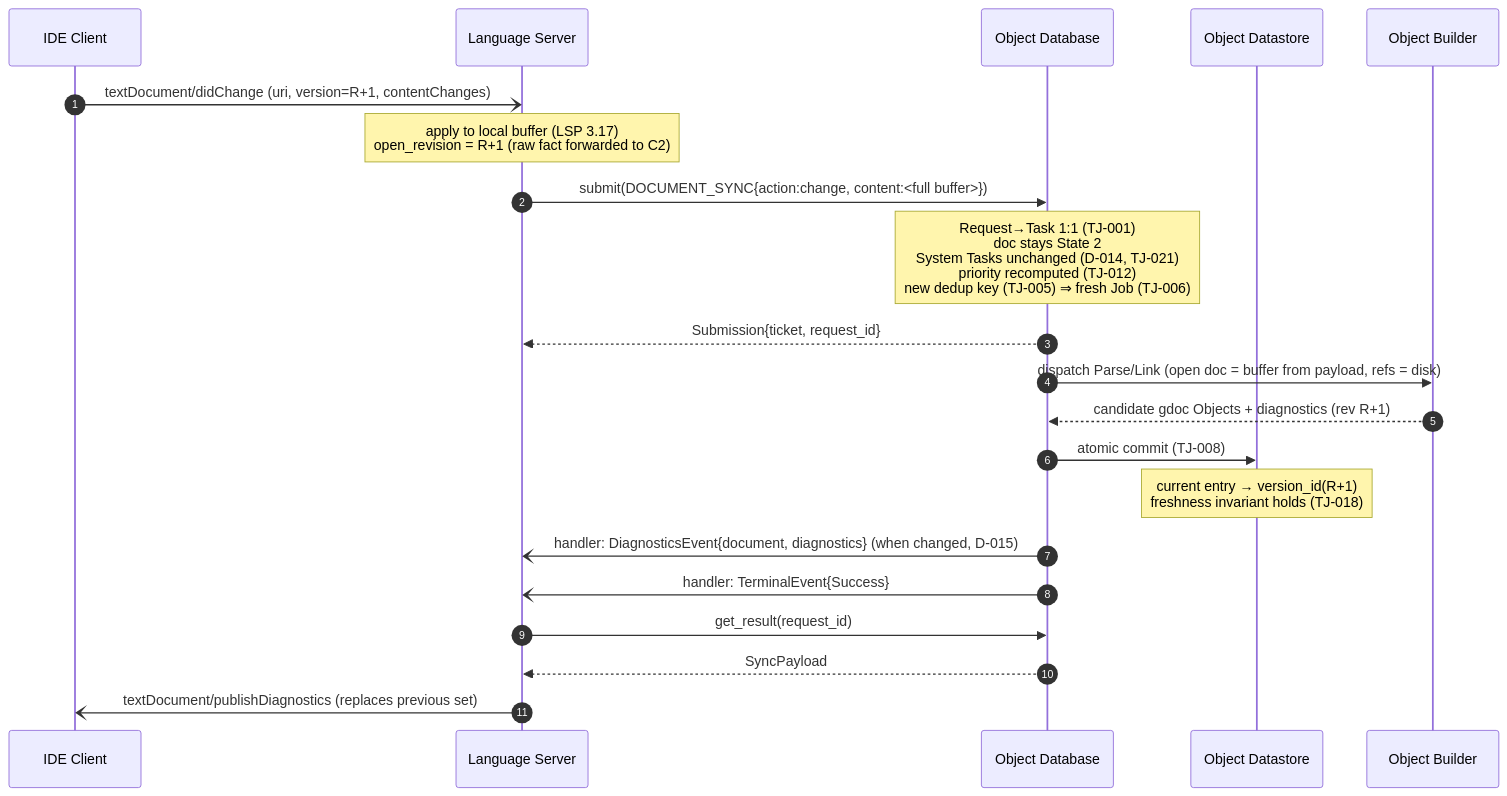
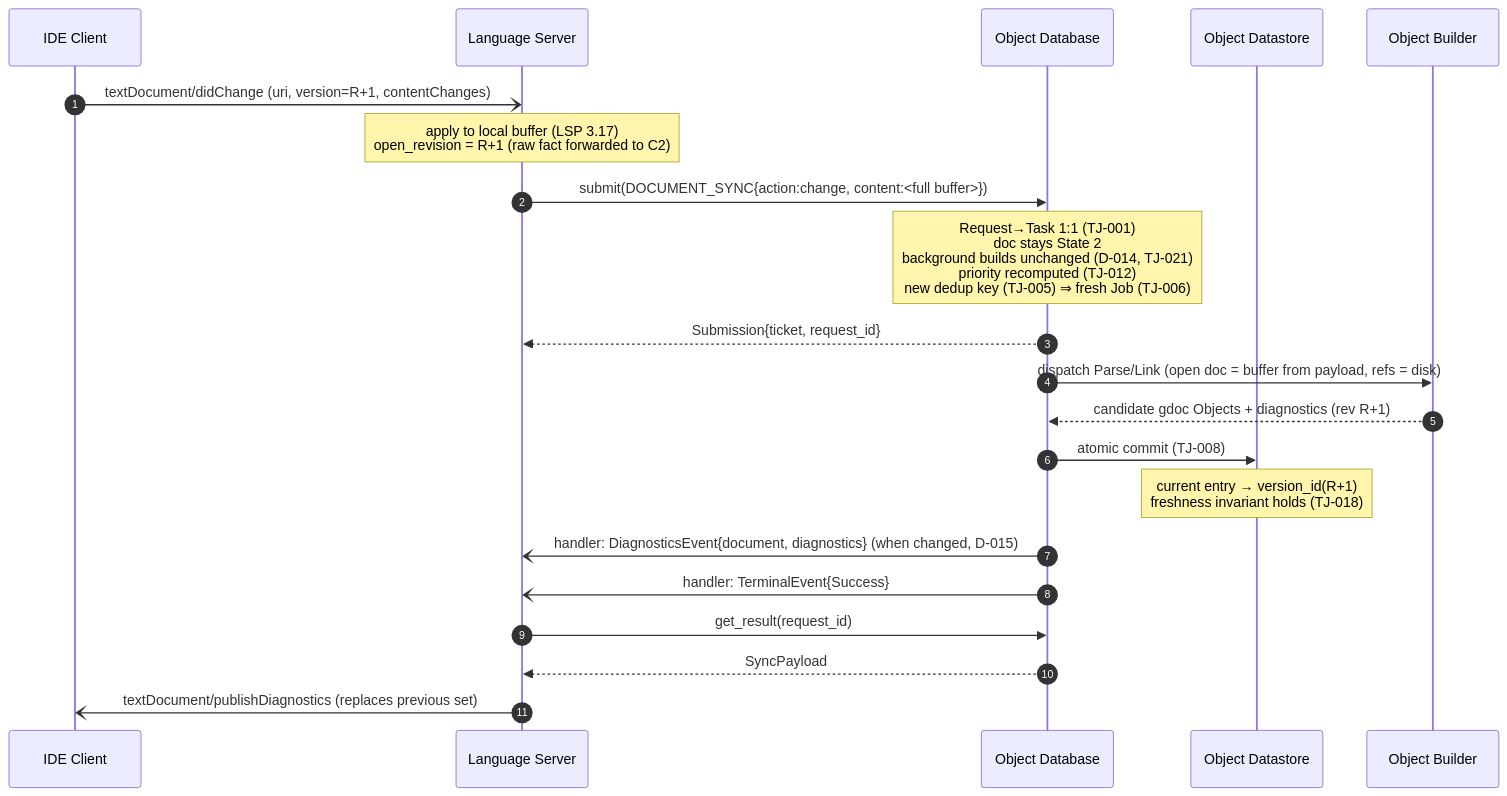
Before and after one commit to tyskdm/gdoc: the diagram in docs/architecture/gdocServer/usecases/UC-003_EditText.md, drawn with Mermaid. The commit also changed other lines of this file and 10 other files, not shown here.

````diff
--- a/docs/architecture/gdocServer/usecases/UC-003_EditText.md
+++ b/docs/architecture/gdocServer/usecases/UC-003_EditText.md
@@ -200,24 +200,24 @@
 ```mermaid
 sequenceDiagram
     autonumber
     participant IDE as IDE Client
     participant C1 as Language Server
     participant C2 as Object Database
     participant C3 as Object Datastore
     participant C4 as Object Builder
 
     IDE-)C1: textDocument/didChange (uri, version=R+1, contentChanges)
     Note over C1: apply to local buffer (LSP 3.17)<br>open_revision = R+1 (raw fact forwarded to C2)
     C1->>C2: submit(DOCUMENT_SYNC{action:change, content:<full buffer>})
-    Note over C2: Request→Task 1:1 (TJ-001)<br>doc stays State 2<br>System Tasks unchanged (D-014, TJ-021)<br>priority recomputed (TJ-012)<br>new dedup key (TJ-005) ⇒ fresh Job (TJ-006)
+    Note over C2: Request→Task 1:1 (TJ-001)<br>doc stays State 2<br>background builds unchanged (D-014, TJ-021)<br>priority recomputed (TJ-012)<br>new dedup key (TJ-005) ⇒ fresh Job (TJ-006)
     C2-->>C1: Submission{ticket, request_id}
     C2->>C4: dispatch Parse/Link (open doc = buffer from payload, refs = disk)
     C4-->>C2: candidate gdoc Objects + diagnostics (rev R+1)
     C2->>C3: atomic commit (TJ-008)
     Note over C3: current entry → version_id(R+1)<br>freshness invariant holds (TJ-018)
     C2-)C1: handler: DiagnosticsEvent{document, diagnostics} (when changed, D-015)
     C2-)C1: handler: TerminalEvent{Success}
     C1->>C2: get_result(request_id)
     C2-->>C1: SyncPayload
     C1-)IDE: textDocument/publishDiagnostics (replaces previous set)
 ```
````
